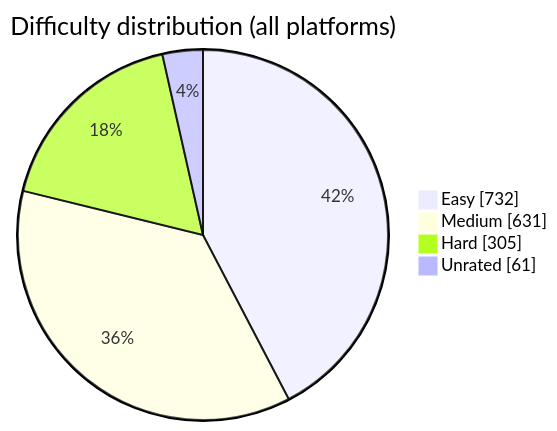
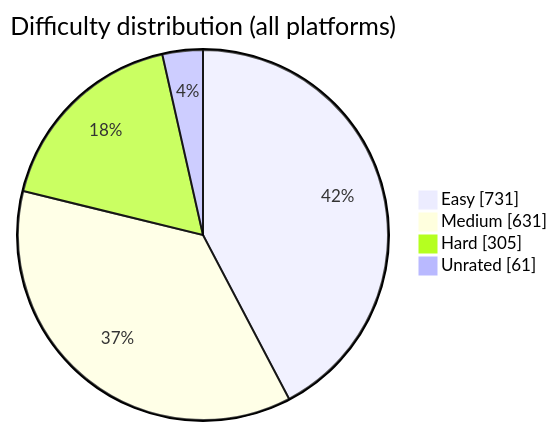
The diagram in README.md (BuildbyArindam/Daily-Coding-Log), drawn with Mermaid before and after one commit. The commit also changed other lines of this file, not shown here.

````diff
--- a/README.md
+++ b/README.md
@@ -93,7 +93,7 @@
 ```mermaid
 pie showData title Difficulty distribution (all platforms)
-    "Easy" : 732
+    "Easy" : 731
     "Medium" : 631
     "Hard" : 305
     "Unrated" : 61
 ```
````
